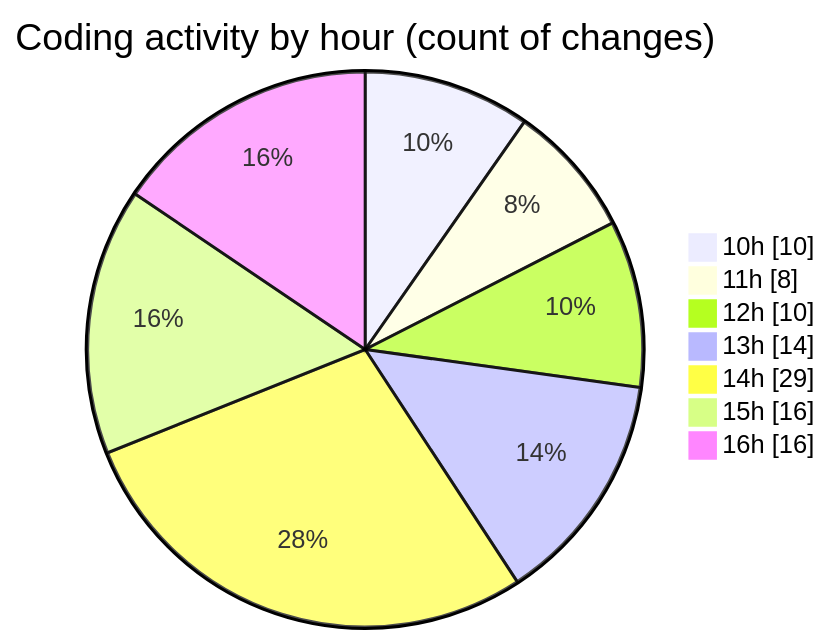
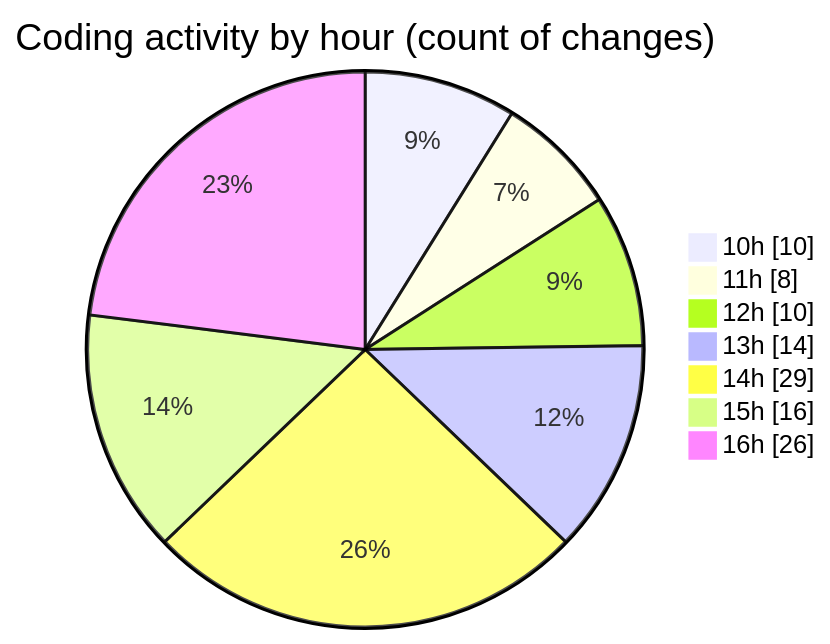
The second of 2 diagrams in 2025-07-29/nxtqube_webapp/README.md (nxtqubesakshisongat/code-tracking), drawn with Mermaid before and after one commit. The commit also changed other lines of this file and 1 other file, not shown here.

````diff
--- a/2025-07-29/nxtqube_webapp/README.md
+++ b/2025-07-29/nxtqube_webapp/README.md
@@ -40,11 +40,11 @@
 ```mermaid
 pie showData
 title Coding activity by hour (count of changes)
 "10h" : 10
 "11h" : 8
 "12h" : 10
 "13h" : 14
 "14h" : 29
 "15h" : 16
-"16h" : 16
+"16h" : 26
 ```
````
